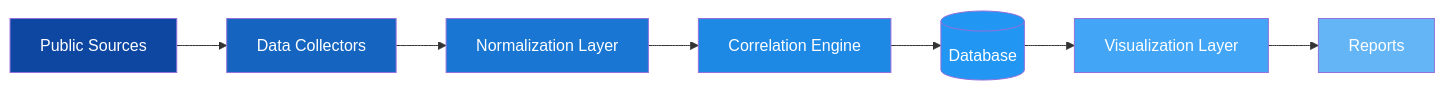
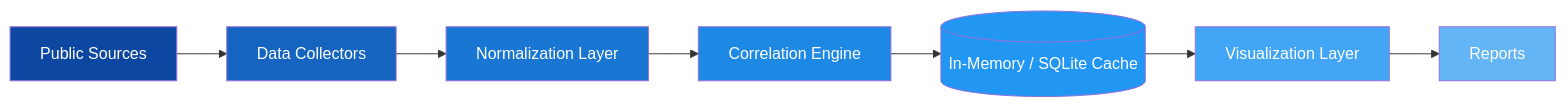
One commit to Ruby570bocadito/Horizon-Intel changed the first of 2 diagrams in README.md. Above: the diagram before and after it, drawn with Mermaid. The commit also changed other lines of this file and 1 other file, not shown here.

````diff
--- a/README.md
+++ b/README.md
@@ -59,17 +69,17 @@
 ```mermaid
 graph LR
     A[Public Sources] --> B[Data Collectors]
     B --> C[Normalization Layer]
     C --> D[Correlation Engine]
-    D --> E[(Database)]
+    D --> E[(In-Memory / SQLite Cache)]
     E --> F[Visualization Layer]
     F --> G[Reports]
 
     style A fill:#0d47a1,color:#fff
     style B fill:#1565c0,color:#fff
     style C fill:#1976d2,color:#fff
     style D fill:#1e88e5,color:#fff
     style E fill:#2196f3,color:#fff
     style F fill:#42a5f5,color:#fff
     style G fill:#64b5f6,color:#fff
 ```
````
